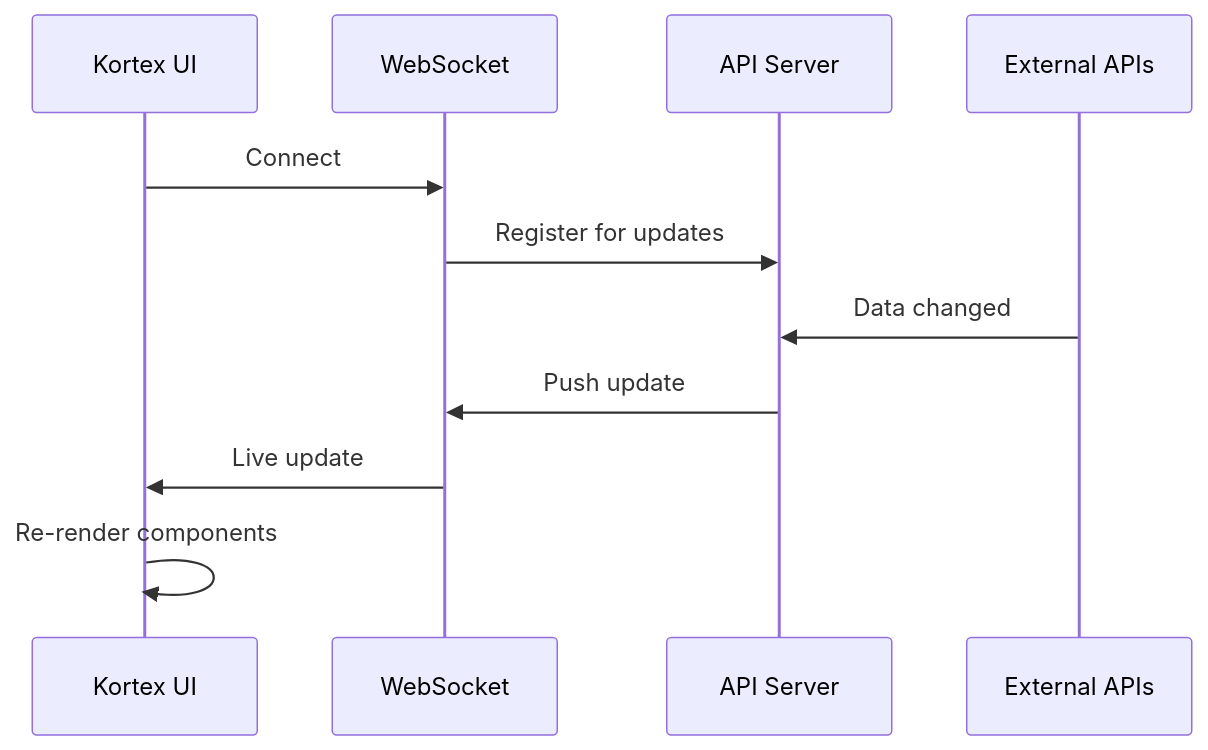
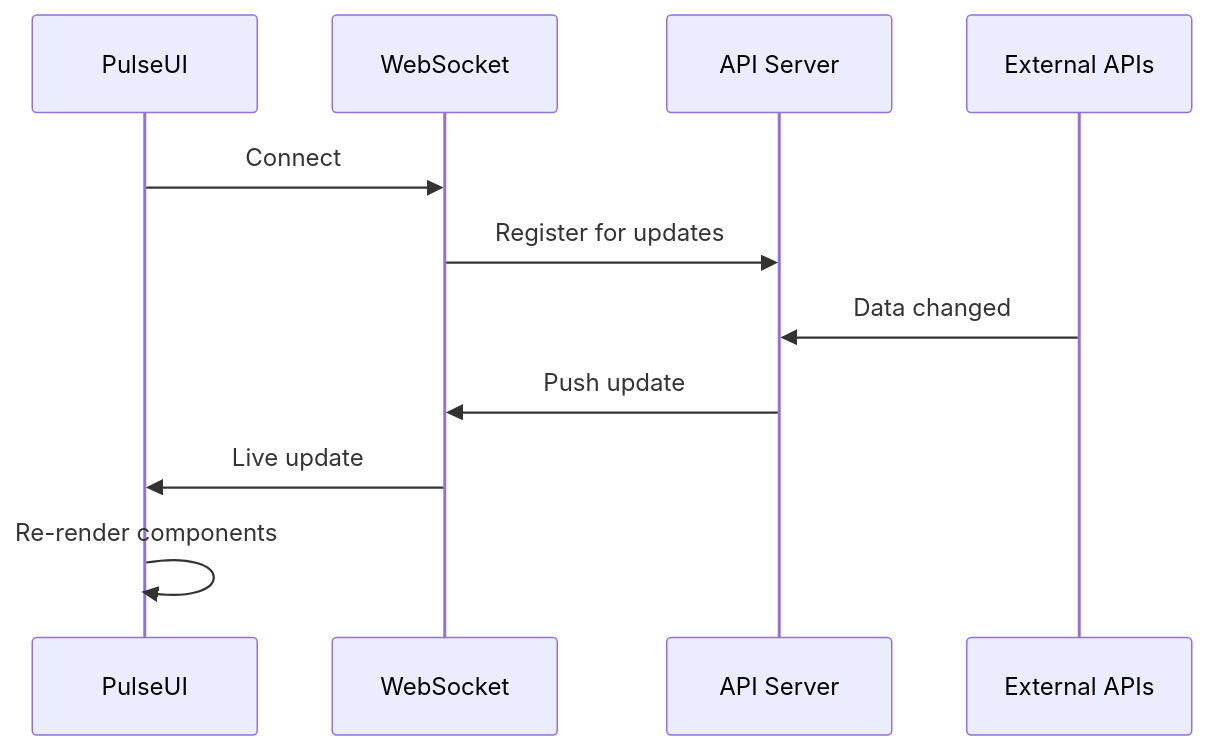
One commit to kubex-ecosystem/kortex changed the first of 3 diagrams in docs/docs-content/features/extraction.md. Above: the diagram before and after it, drawn with Mermaid. The commit also changed other lines of this file and 107 other files, not shown here.

````diff
--- a/docs/docs-content/features/extraction.md
+++ b/docs/docs-content/features/extraction.md
@@ -11,14 +11,14 @@
 ```mermaid
 sequenceDiagram
-    participant UI as Kortex UI
+    participant UI as PulseUI
     participant WS as WebSocket
     participant API as API Server
     participant EXT as External APIs
 
     UI->>WS: Connect
     WS->>API: Register for updates
     EXT->>API: Data changed
     API->>WS: Push update
     WS->>UI: Live update
     UI->>UI: Re-render components
 ```
````
